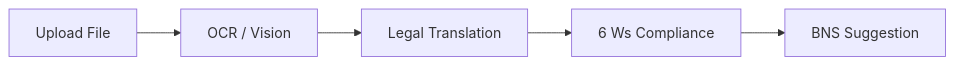
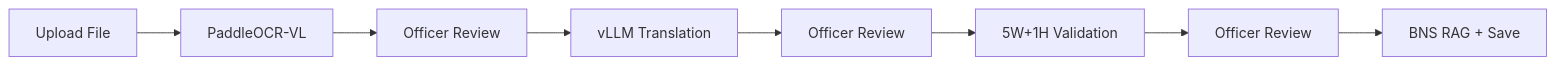
The diagram in doc/features.md (BCSS-Dinakar/FIR), drawn with Mermaid before and after one commit. The commit also changed other lines of this file and 53 other files, not shown here.

````diff
--- a/doc/features.md
+++ b/doc/features.md
@@ -33,7 +27,10 @@
 ```mermaid
 flowchart LR
-    Upload[Upload File] --> OCR[OCR / Vision]
-    OCR --> Trans[Legal Translation]
-    Trans --> Check[6 Ws Compliance]
-    Check --> Sug[BNS Suggestion]
+    Upload[Upload File] --> OCR[PaddleOCR-VL]
+    OCR --> Review1[Officer Review]
+    Review1 --> Trans[vLLM Translation]
+    Trans --> Review2[Officer Review]
+    Review2 --> Check[5W+1H Validation]
+    Check --> Review3[Officer Review]
+    Review3 --> RAG[BNS RAG + Save]
 ```
````
